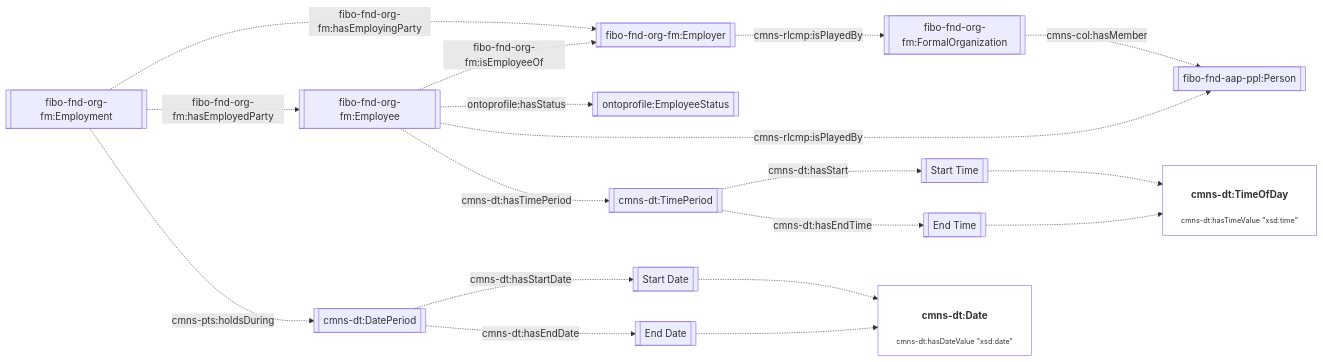
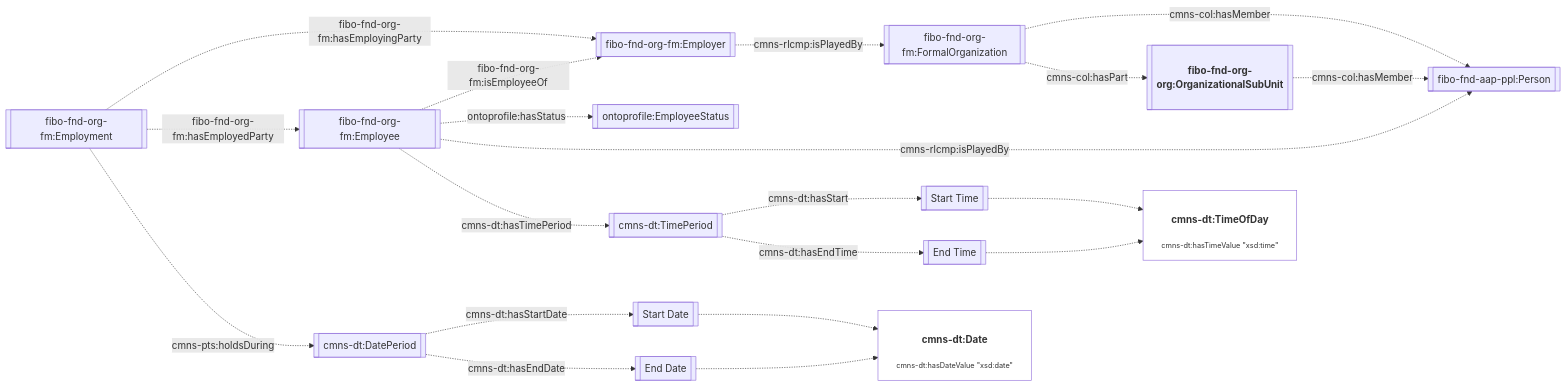
Before and after one commit to cambridge-cares/TheWorldAvatar: the eighth of 10 diagrams in JPS_Ontology/ontology/ontoprofile/README.MD, drawn with Mermaid. The commit also changed other lines of this file, not shown here.

````diff
--- a/JPS_Ontology/ontology/ontoprofile/README.MD
+++ b/JPS_Ontology/ontology/ontoprofile/README.MD
@@ -196,28 +198,30 @@
 ```mermaid
 flowchart LR
     %% Styling
     classDef literal fill:none
     classDef node overflow-wrap:break-word,text-wrap:pretty
     linkStyle default overflow-wrap:break-word,text-wrap:pretty;
 
     %% Contents
     Employment[[fibo-fnd-org-fm:Employment]] -. fibo-fnd-org-fm:hasEmployingParty .-> Employer[[fibo-fnd-org-fm:Employer]]
     Employment -. fibo-fnd-org-fm:hasEmployedParty .-> Employee[[fibo-fnd-org-fm:Employee]]
     Employment -. cmns-pts:holdsDuring .-> DatePeriod[[cmns-dt:DatePeriod]]
     DatePeriod -. cmns-dt:hasStartDate .-> StartDate[[Start Date]]
     DatePeriod -. cmns-dt:hasEndDate .-> EndDate[[End Date]]
     StartDate -.-> Date["<h4>cmns-dt:Date</h4><p style='font-size:0.75rem;'>cmns-dt:hasDateValue &quot;xsd:date&quot;</p>"]:::literal
     EndDate -.-> Date
 
     Employee -. fibo-fnd-org-fm:isEmployeeOf .-> Employer
     Employee -. ontoprofile:hasStatus .-> EmployeeStatus[[ontoprofile:EmployeeStatus]]
     Employer -. cmns-rlcmp:isPlayedBy .-> Org[[fibo-fnd-org-fm:FormalOrganization]]
     Employee -. cmns-rlcmp:isPlayedBy .-> Person[[fibo-fnd-aap-ppl:Person]]
     Org -. cmns-col:hasMember .-> Person
+    Org -. cmns-col:hasPart .-> OrganizationalSubUnit[[<h4>fibo-fnd-org-org:OrganizationalSubUnit]]
+    OrganizationalSubUnit -. cmns-col:hasMember .-> Person
 
     Employee -. cmns-dt:hasTimePeriod .-> TimePeriod[[cmns-dt:TimePeriod]]
     TimePeriod -. cmns-dt:hasStart .-> StartTime[[Start Time]]
     TimePeriod -. cmns-dt:hasEndTime .-> EndTime[[End Time]]
     StartTime -.-> Time["<h4>cmns-dt:TimeOfDay</h4><p style='font-size:0.75rem;'>cmns-dt:hasTimeValue &quot;xsd:time&quot;</p>"]:::literal
     EndTime -.-> Time
 ```
````
